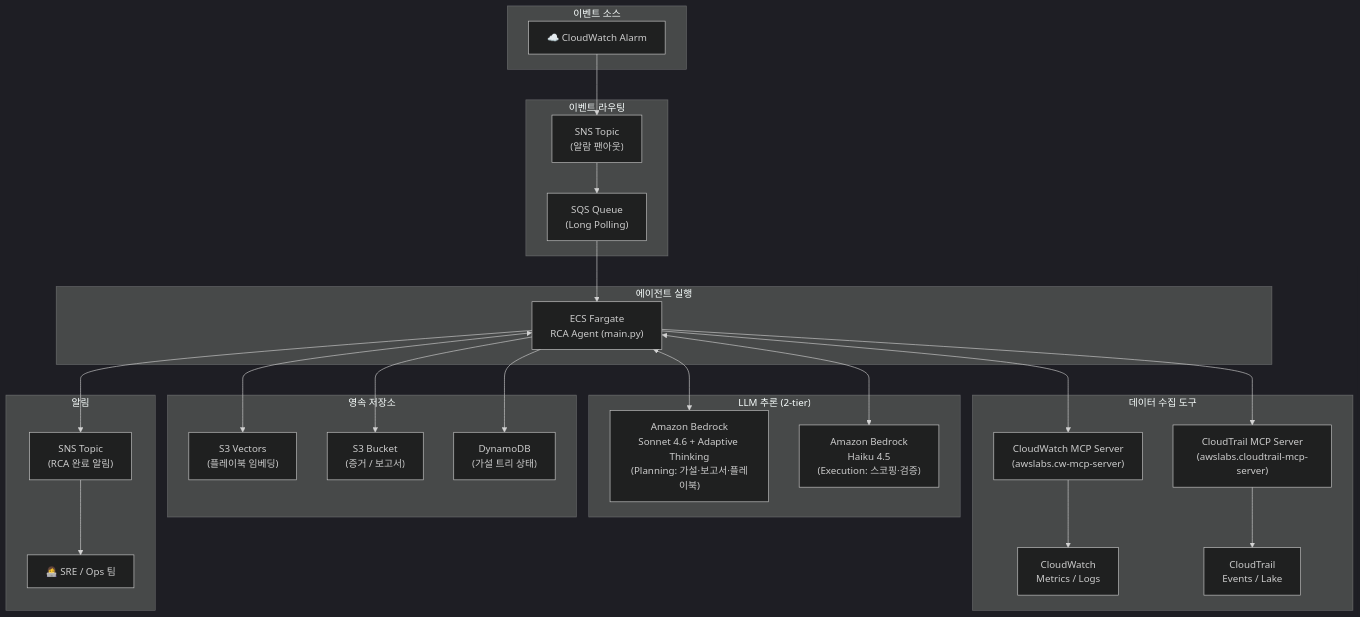
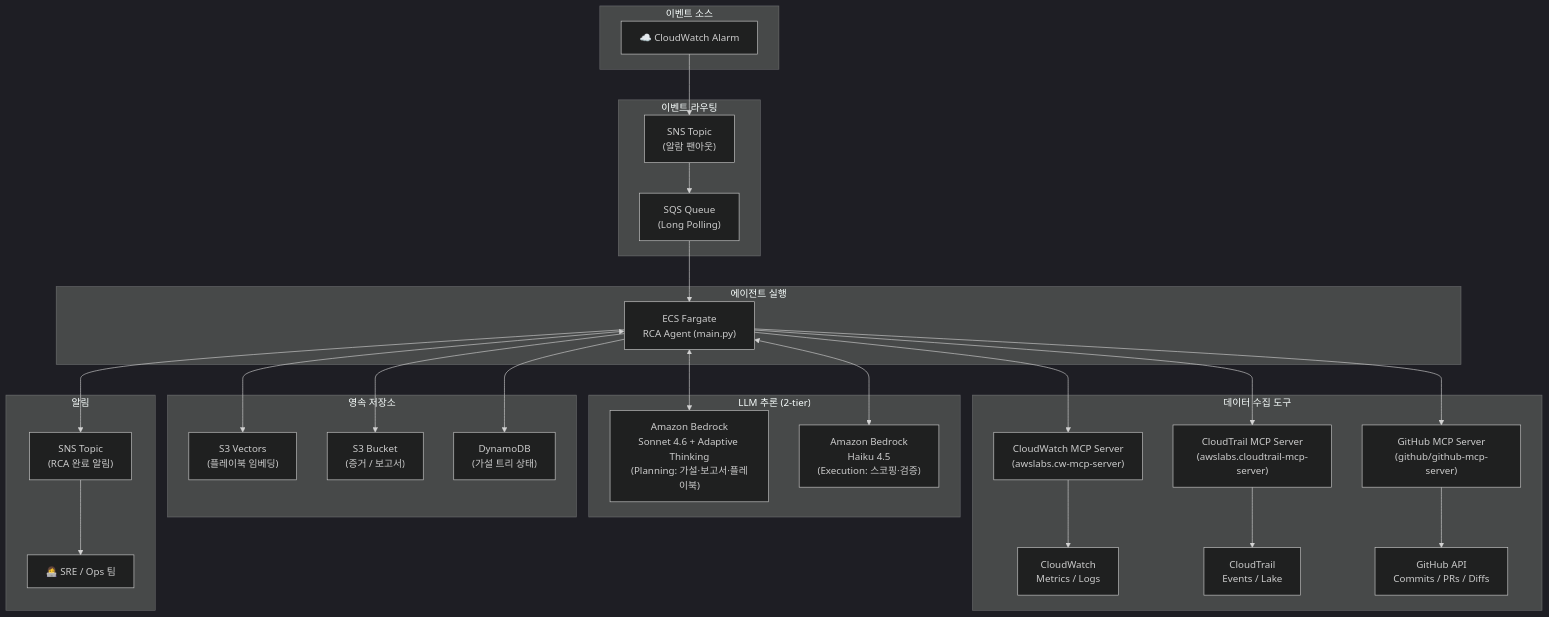
Before and after one commit to haandol/rca-agent: the first of 3 diagrams in AGENTS.md, drawn with Mermaid (dark theme). The commit also changed other lines of this file and 1 other file, not shown here.

Commit message:
docs: update architecture diagrams to include GitHub MCP server

````diff
--- a/AGENTS.md
+++ b/AGENTS.md
@@ -72,48 +72,51 @@
 ```mermaid
 graph TB
     subgraph EventSource["이벤트 소스"]
         CW_ALARM["☁️ CloudWatch Alarm"]
     end
 
     subgraph Messaging["이벤트 라우팅"]
         SNS_IN["SNS Topic<br/>(알람 팬아웃)"]
         SQS["SQS Queue<br/>(Long Polling)"]
     end
 
     subgraph Compute["에이전트 실행"]
         ECS["ECS Fargate<br/>RCA Agent (main.py)"]
     end
 
     subgraph LLM["LLM 추론 (2-tier)"]
         BEDROCK_PLAN["Amazon Bedrock<br/>Sonnet 4.6 + Adaptive Thinking<br/>(Planning: 가설·보고서·플레이북)"]
         BEDROCK_EXEC["Amazon Bedrock<br/>Haiku 4.5<br/>(Execution: 스코핑·검증)"]
     end
 
     subgraph DataTools["데이터 수집 도구"]
         CW_MCP["CloudWatch MCP Server<br/>(awslabs.cw-mcp-server)"]
         CT_MCP["CloudTrail MCP Server<br/>(awslabs.cloudtrail-mcp-server)"]
+        GH_MCP["GitHub MCP Server<br/>(github/github-mcp-server)"]
         CW_API["CloudWatch<br/>Metrics / Logs"]
         CT_API["CloudTrail<br/>Events / Lake"]
+        GH_API["GitHub API<br/>Commits / PRs / Diffs"]
     end
 
     subgraph Storage["영속 저장소"]
         S3_VECTORS["S3 Vectors<br/>(플레이북 임베딩)"]
         S3["S3 Bucket<br/>(증거 / 보고서)"]
         DDB["DynamoDB<br/>(가설 트리 상태)"]
     end
 
     subgraph Notification["알림"]
         SNS_OUT["SNS Topic<br/>(RCA 완료 알림)"]
         SRE["👩‍💻 SRE / Ops 팀"]
     end
 
     CW_ALARM --> SNS_IN --> SQS --> ECS
     ECS <--> BEDROCK_PLAN
     ECS <--> BEDROCK_EXEC
     ECS --> CW_MCP --> CW_API
     ECS --> CT_MCP --> CT_API
+    ECS --> GH_MCP --> GH_API
     ECS <--> S3_VECTORS
     ECS --> S3
     ECS --> DDB
     ECS --> SNS_OUT --> SRE
 ```
````
